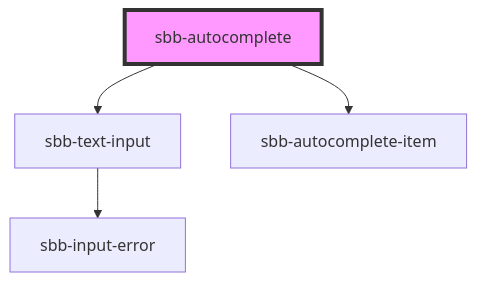
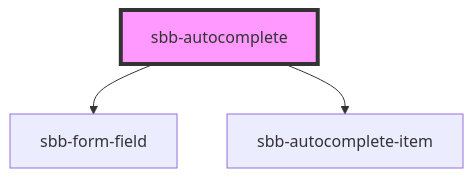
One commit to sbb-design-systems/lyne-components changed the diagram in src/components/sbb-autocomplete/readme.md. Above: the diagram before and after it, drawn with Mermaid. The commit also changed other lines of this file and 19 other files, not shown here.

Commit message:
feat: removal of input-error and text-input, fix for autcomplete

````diff
--- a/src/components/sbb-autocomplete/readme.md
+++ b/src/components/sbb-autocomplete/readme.md
@@ -31,7 +31,6 @@
 ```mermaid
 graph TD;
-  sbb-autocomplete --> sbb-text-input
+  sbb-autocomplete --> sbb-form-field
   sbb-autocomplete --> sbb-autocomplete-item
-  sbb-text-input --> sbb-input-error
   style sbb-autocomplete fill:#f9f,stroke:#333,stroke-width:4px
 ```
````
